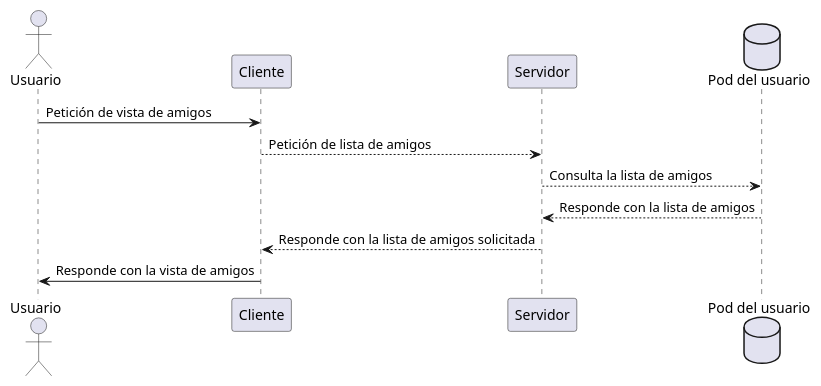
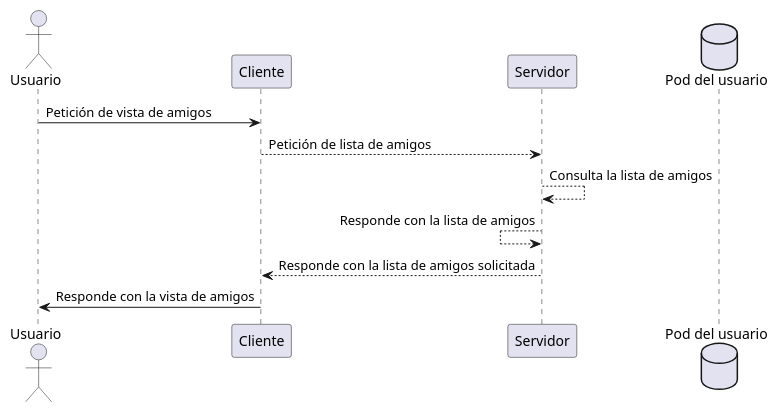
One commit to Arquisoft/radarin_es1b changed the second of 5 diagrams in webapp/docs/06_runtime_view.adoc. Above: the diagram before and after it, drawn with PlantUML. The commit also changed other lines of this file and 6 other files, not shown here.

```diff
--- a/webapp/docs/06_runtime_view.adoc
+++ b/webapp/docs/06_runtime_view.adoc
@@ -71,13 +71,13 @@
 [plantuml,"Friends diagram",png]
 ----
 actor Usuario
 participant Cliente
 participant Servidor
 database Pod as "Pod del usuario"
 Usuario -> Cliente: Petición de vista de amigos
 Cliente --> Servidor: Petición de lista de amigos
-Servidor --> Pod: Consulta la lista de amigos
-Servidor <-- Pod: Responde con la lista de amigos
+Servidor --> Servidor: Consulta la lista de amigos
+Servidor <-- Servidor: Responde con la lista de amigos
 Cliente <-- Servidor: Responde con la lista de amigos solicitada
 Usuario <- Cliente: Responde con la vista de amigos
 ----
```
